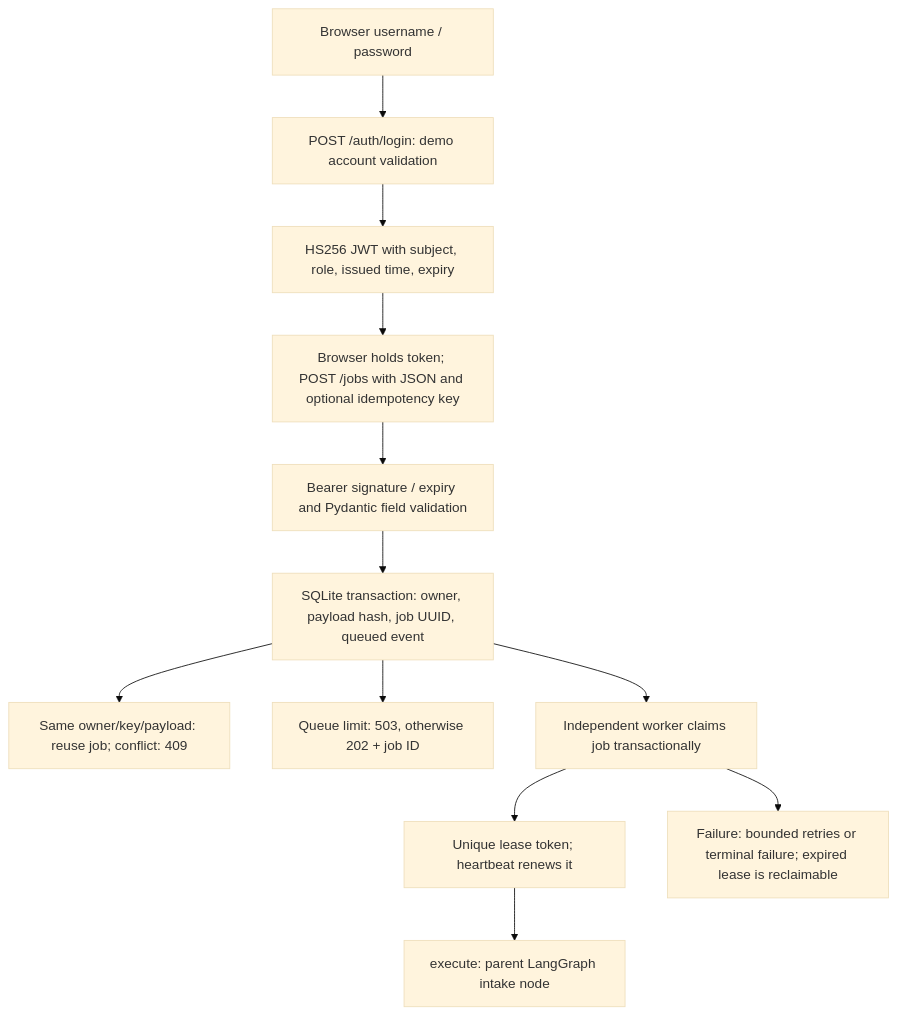
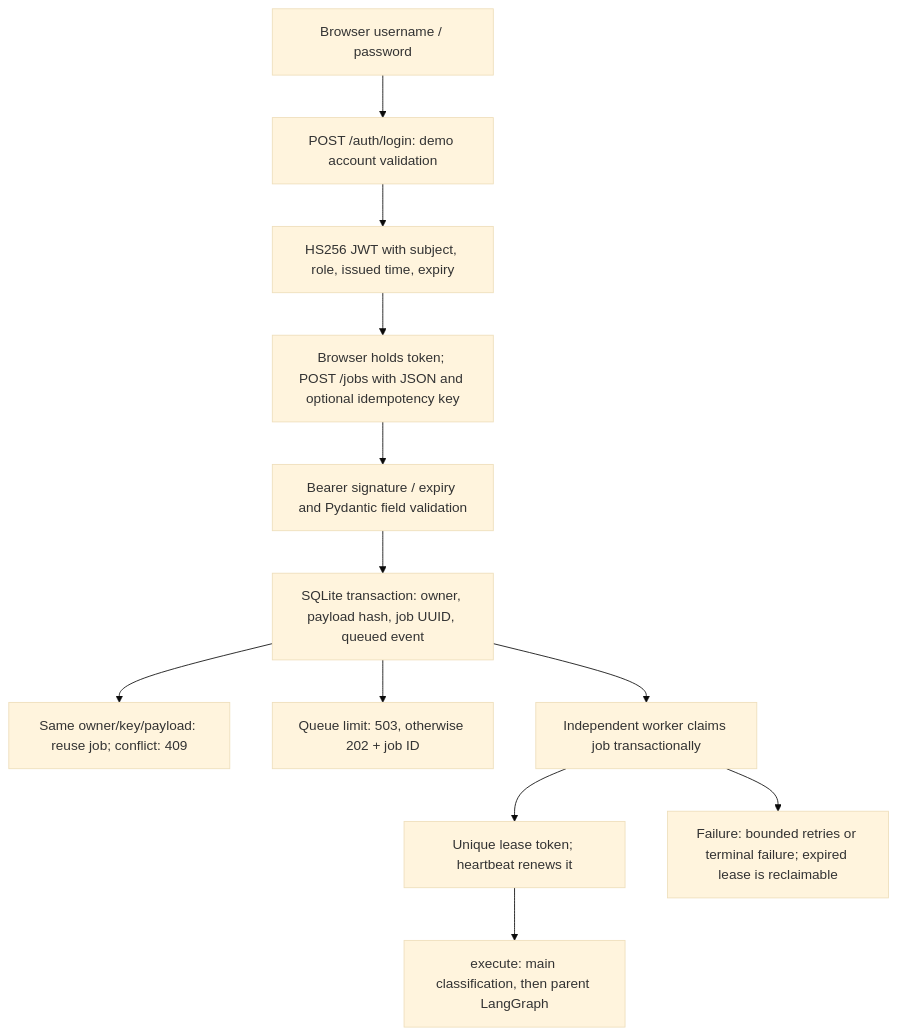
Before and after one commit to swathiblrs/Agentic-RAG-Support-Automation-Platform: the second of 6 diagrams in platform/END_TO_END_FLOW.md, drawn with Mermaid (base theme). The commit also changed other lines of this file and 6 other files, not shown here.

Commit message:
Classify before LangGraph and split component flowcharts

````diff
--- a/platform/END_TO_END_FLOW.md
+++ b/platform/END_TO_END_FLOW.md
@@ -30,14 +30,14 @@
 ```mermaid
 flowchart TD
   A["Browser username / password"] --> B["POST /auth/login: demo account validation"]
   B --> C["HS256 JWT with subject, role, issued time, expiry"]
   C --> D["Browser holds token; POST /jobs with JSON and optional idempotency key"]
   D --> E["Bearer signature / expiry and Pydantic field validation"]
   E --> F["SQLite transaction: owner, payload hash, job UUID, queued event"]
   F --> G["Same owner/key/payload: reuse job; conflict: 409"]
   F --> H["Queue limit: 503, otherwise 202 + job ID"]
   F --> I["Independent worker claims job transactionally"]
   I --> J["Unique lease token; heartbeat renews it"]
-  J --> K["execute: parent LangGraph intake node"]
+  J --> K["execute: main classification, then parent LangGraph"]
   I --> L["Failure: bounded retries or terminal failure; expired lease is reclaimable"]
 ```
````
